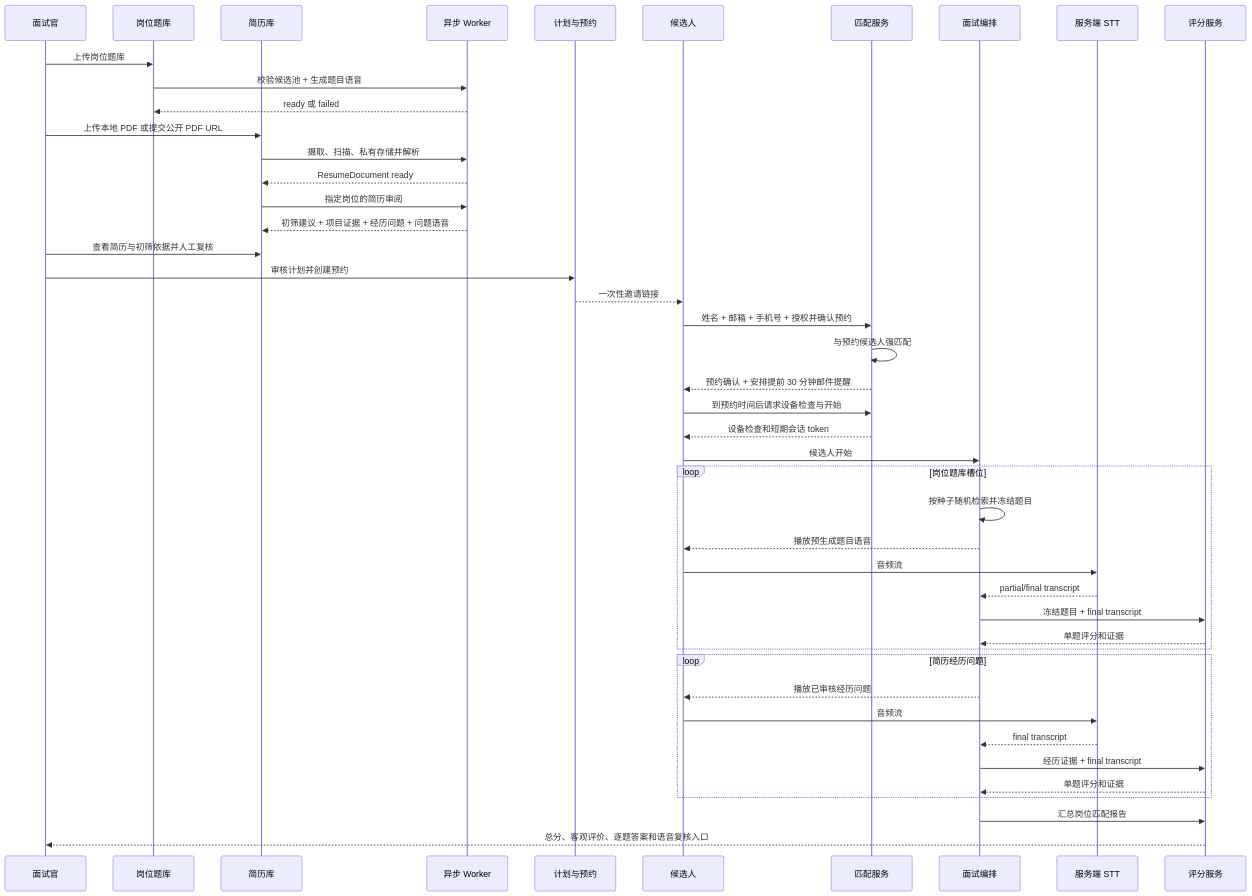
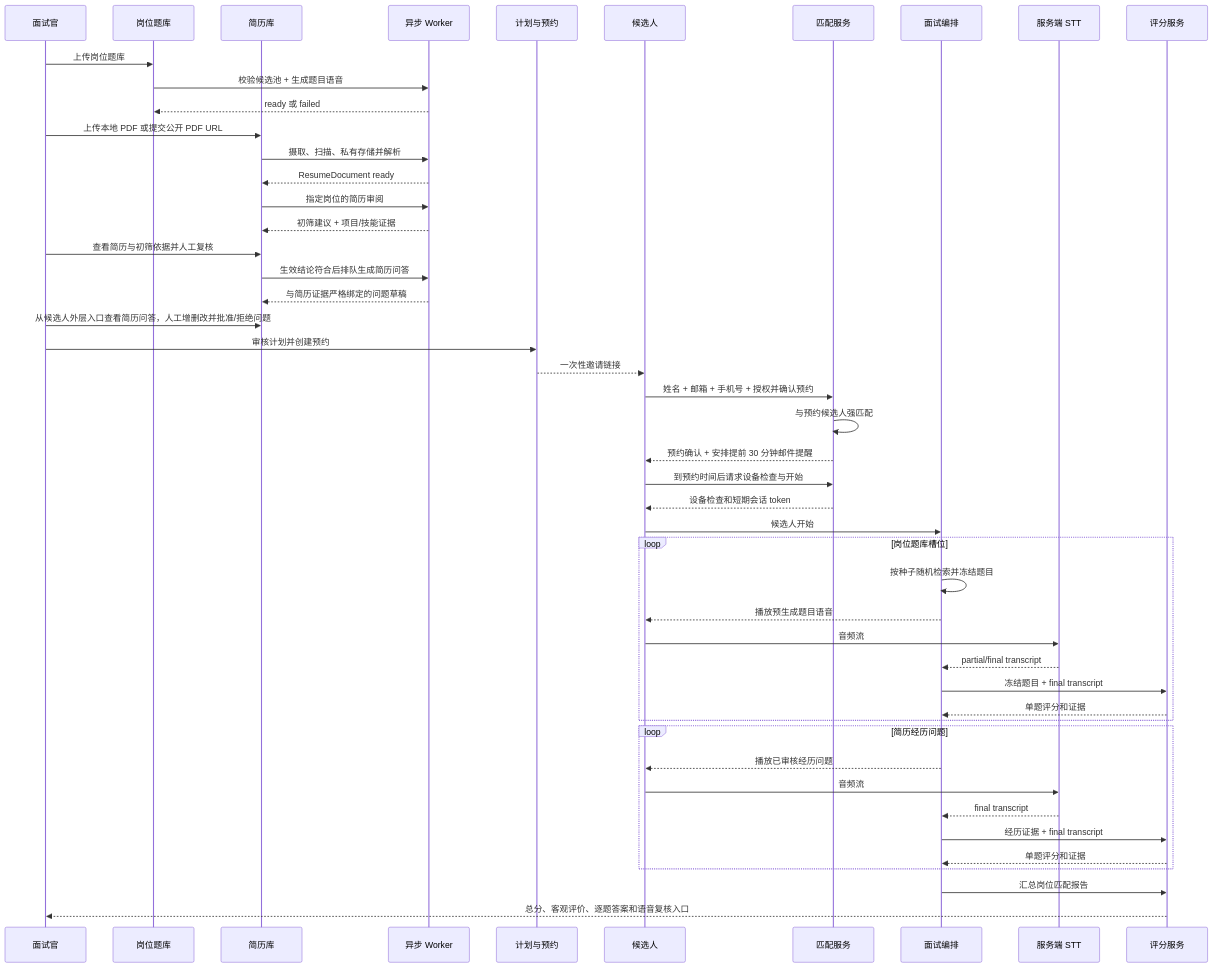
One commit to zwj19980929-netizen/interview changed the second of 2 diagrams in docs/architecture.md. Above: the diagram before and after it, drawn with Mermaid. The commit also changed other lines of this file and 85 other files, not shown here.

````diff
--- a/docs/architecture.md
+++ b/docs/architecture.md
@@ -102,48 +105,51 @@
 ```mermaid
 sequenceDiagram
   participant I as 面试官
   participant KB as 岗位题库
   participant R as 简历库
   participant W as 异步 Worker
   participant P as 计划与预约
   participant C as 候选人
   participant M as 匹配服务
   participant O as 面试编排
   participant S as 服务端 STT
   participant E as 评分服务
 
   I->>KB: 上传岗位题库
   KB->>W: 校验候选池 + 生成题目语音
   W-->>KB: ready 或 failed
   I->>R: 上传本地 PDF 或提交公开 PDF URL
   R->>W: 摄取、扫描、私有存储并解析
   W-->>R: ResumeDocument ready
   R->>W: 指定岗位的简历审阅
-  W-->>R: 初筛建议 + 项目证据 + 经历问题 + 问题语音
+  W-->>R: 初筛建议 + 项目/技能证据
   I->>R: 查看简历与初筛依据并人工复核
+  R->>W: 生效结论符合后排队生成简历问答
+  W-->>R: 与简历证据严格绑定的问题草稿
+  I->>R: 从候选人外层入口查看简历问答，人工增删改并批准/拒绝问题
   I->>P: 审核计划并创建预约
   P-->>C: 一次性邀请链接
   C->>M: 姓名 + 邮箱 + 手机号 + 授权并确认预约
   M->>M: 与预约候选人强匹配
   M-->>C: 预约确认 + 安排提前 30 分钟邮件提醒
   C->>M: 到预约时间后请求设备检查与开始
   M-->>C: 设备检查和短期会话 token
   C->>O: 候选人开始
   loop 岗位题库槽位
     O->>O: 按种子随机检索并冻结题目
     O-->>C: 播放预生成题目语音
     C->>S: 音频流
     S-->>O: partial/final transcript
     O->>E: 冻结题目 + final transcript
     E-->>O: 单题评分和证据
   end
   loop 简历经历问题
     O-->>C: 播放已审核经历问题
     C->>S: 音频流
     S-->>O: final transcript
     O->>E: 经历证据 + final transcript
     E-->>O: 单题评分和证据
   end
   O->>E: 汇总岗位匹配报告
   E-->>I: 总分、客观评价、逐题答案和语音复核入口
 ```
````
